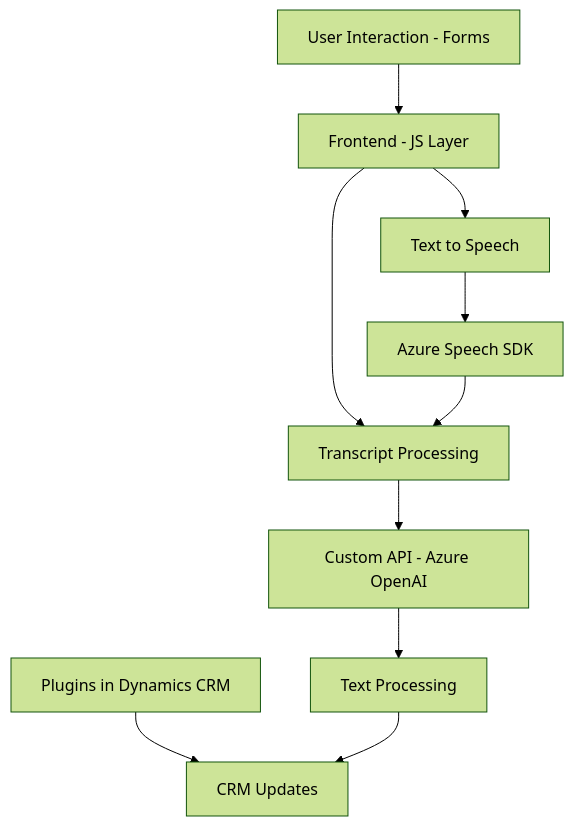
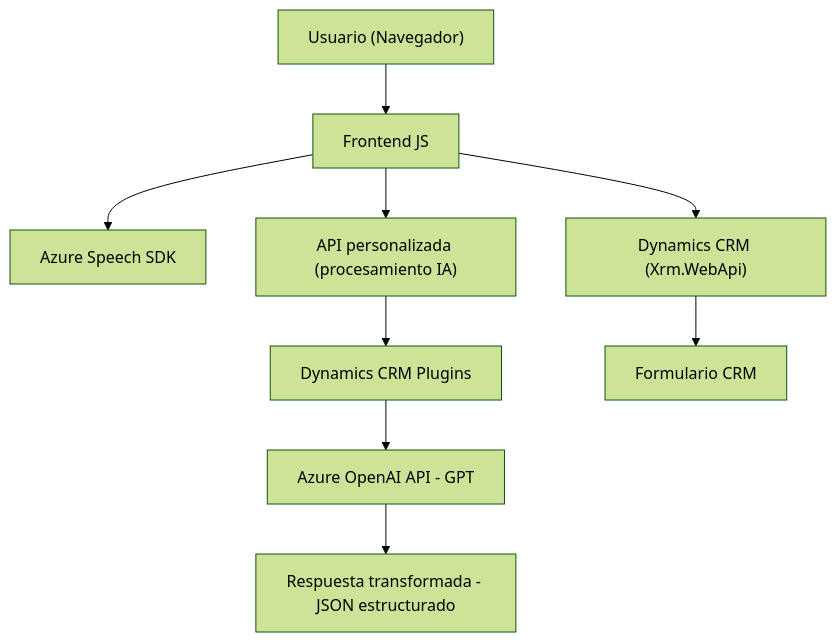
The diagram in README.md (blopezdm/NETCORE_BILBAO2025), drawn with Mermaid (forest theme) before and after one commit. The commit also changed other lines of this file, not shown here.

````diff
--- a/README.md
+++ b/README.md
@@ -45,22 +55,11 @@
 ```mermaid
 graph TD
-    A["Frontend - JS Layer"]
-    A1["readForm.js"]
-    A2["speechForm.js"]
-    A3["Azure Speech SDK"]
-    B["Custom API - Azure OpenAI"]
-    C["Plugins in Dynamics CRM"]
-    C1["TransformTextWithAzureAI.cs"]
-    C2["Dynamics REST Web API"]
-    D["User Interaction - Forms"]
-    
-    D --> A
-    A --> A1
-    A --> A2
-    A3 --> A2["Voice Recognition"]
-    A1["Text to Speech"] --> A3
-    A2["Transcript Processing"] --> B
-    B --> C1["Text Processing"]
-    C --> C2["CRM Updates"]
-    C1 --> C2
+    A["Usuario (Navegador)"] --> B["Frontend JS"]
+    B --> C["Azure Speech SDK"]
+    B --> D["API personalizada (procesamiento IA)"]
+    D --> E["Dynamics CRM Plugins"]
+    E --> F["Azure OpenAI API - GPT"]
+    B --> G["Dynamics CRM (Xrm.WebApi)"]
+    F --> H["Respuesta transformada - JSON estructurado"]
+    G --> I["Formulario CRM"]
 ```
````
